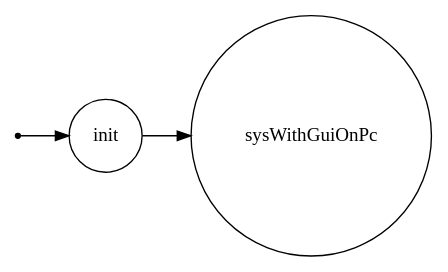
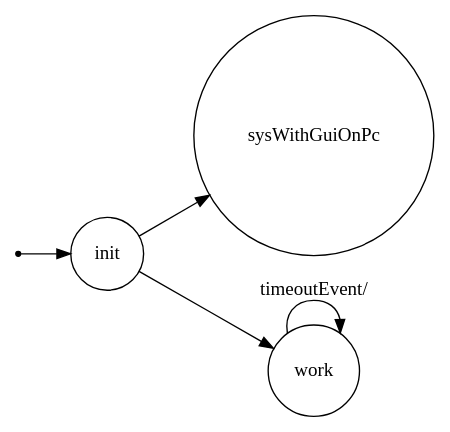
One commit to Mikelainz/ISS changed the diagram in bls.distributed.DB-master/src/dist/srcMore/it/unibo/mybutton/dotFsm.gv. Above: the diagram before and after it, drawn with Graphviz. The commit also changed 265 other files, not shown here.

```diff
--- a/bls.distributed.DB-master/src/dist/srcMore/it/unibo/mybutton/dotFsm.gv
+++ b/bls.distributed.DB-master/src/dist/srcMore/it/unibo/mybutton/dotFsm.gv
@@ -1,20 +1,23 @@
 /*
 *
 * A GraphViz DOT FSM description 
 * Please use a GraphViz visualizer (like http://www.webgraphviz.com)
 * 
 * Generated by AM,NC,RM
 *  
 */
  
 digraph finite_state_machine {
   	rankdir=LR;
   	size="8,5"
   	node [shape = point]; iniziale;
   	node [shape = doublecircle]; 
   	node [shape = circle];
   	iniziale -> init [label = ""];
   	
   	
   	init -> sysWithGuiOnPc [ label = ""];
+  	init -> work [ label = ""];
+  	
+  	work -> work [ label = "timeoutEvent/"];
 }
```
